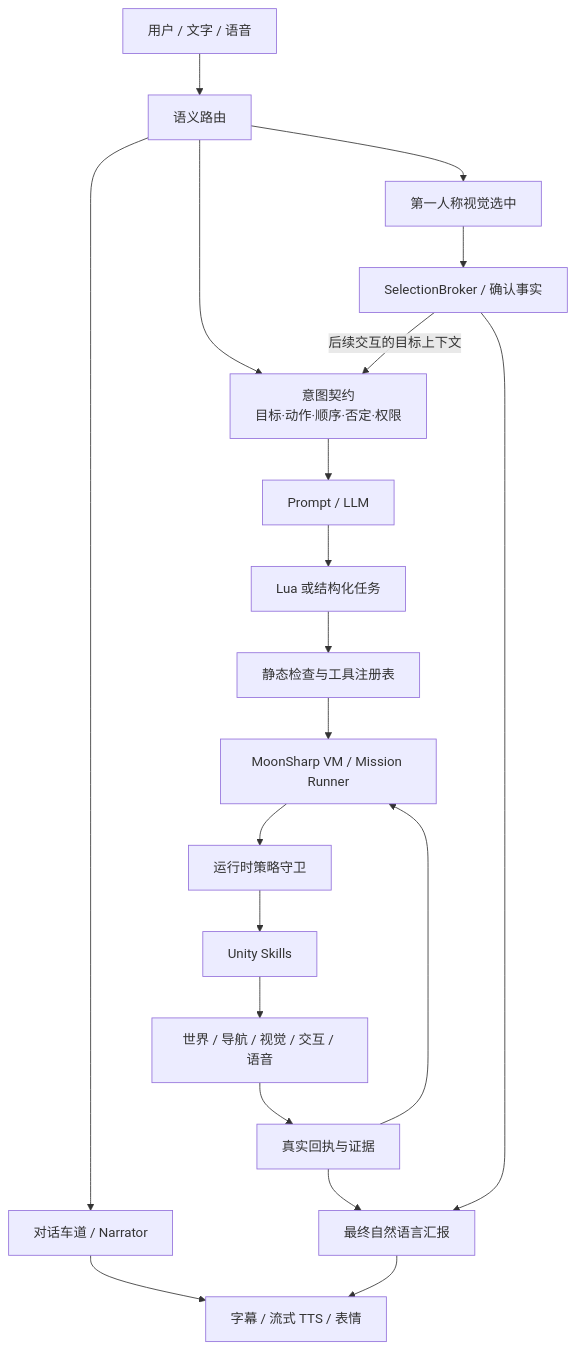
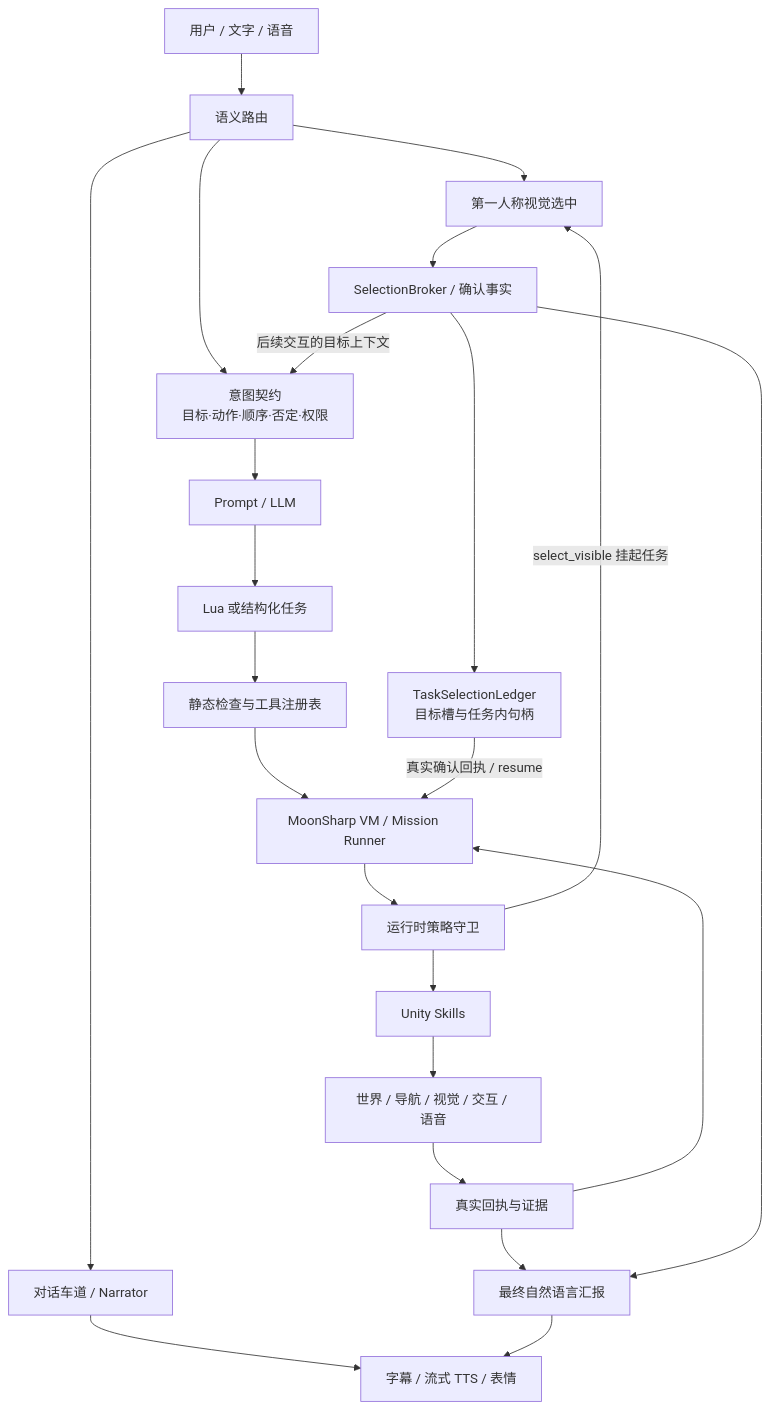
Before and after one commit to wbcyyds123321/digital-human: the diagram in README.md, drawn with Mermaid. The commit also changed other lines of this file and 49 other files, not shown here.

````diff
--- a/README.md
+++ b/README.md
@@ -72,22 +79,25 @@
 ```mermaid
 flowchart TB
     U[用户 / 文字 / 语音] --> R[语义路由]
     R --> D[对话车道 / Narrator]
     R --> F[第一人称视觉选中]
     R --> C[意图契约<br/>目标·动作·顺序·否定·权限]
     C --> P[Prompt / LLM]
     P --> L[Lua 或结构化任务]
     L --> I[静态检查与工具注册表]
     I --> V[MoonSharp VM / Mission Runner]
     V --> G[运行时策略守卫]
+    G -->|select_visible 挂起任务| F
     G --> S[Unity Skills]
     S --> W[世界 / 导航 / 视觉 / 交互 / 语音]
     W --> E[真实回执与证据]
     E --> V
     E --> T[最终自然语言汇报]
     F --> B[SelectionBroker / 确认事实]
+    B --> H[TaskSelectionLedger<br/>目标槽与任务内句柄]
+    H -->|真实确认回执 / resume| V
     B --> T
     B -->|后续交互的目标上下文| C
     D --> O[字幕 / 流式 TTS / 表情]
     T --> O
 ```
````
